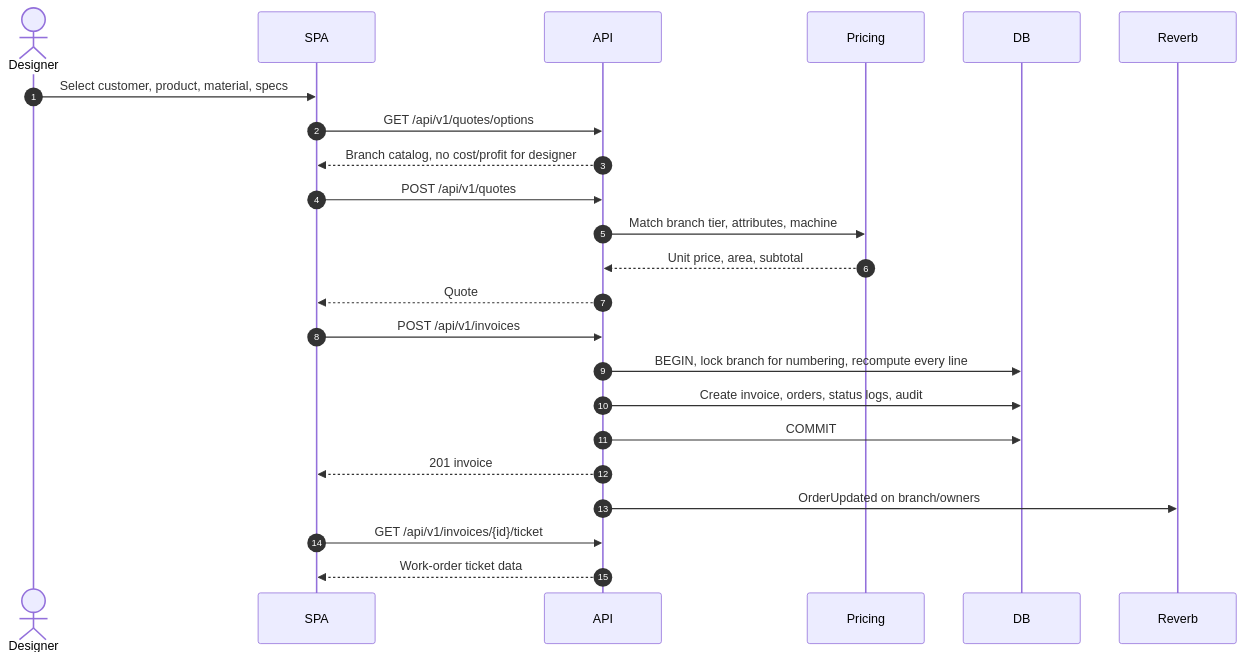
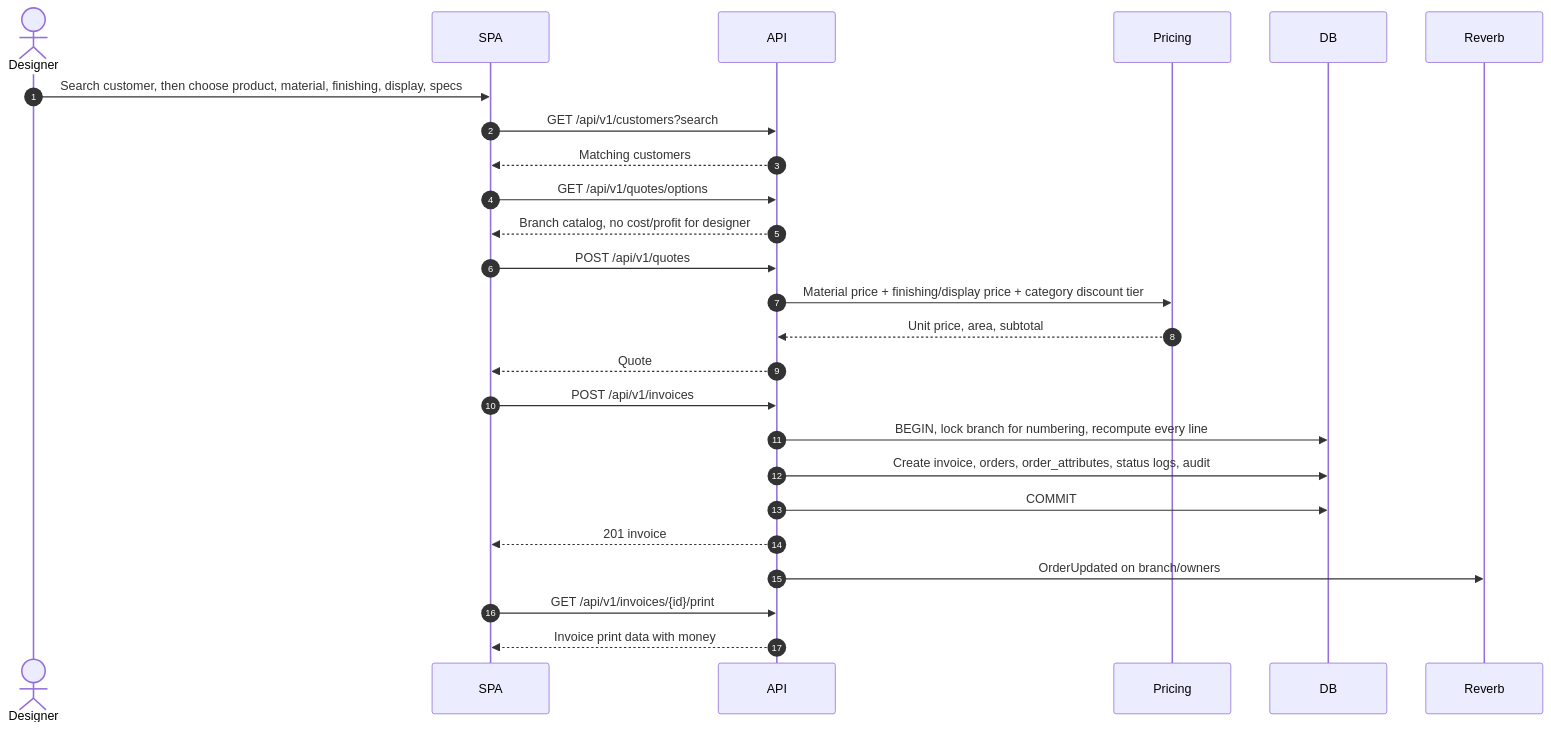
Before and after one commit to Arukast/pos_alja: the fifth of 21 diagrams in docs/architecture/sequence-diagrams.md, drawn with Mermaid. The commit also changed other lines of this file and 17 other files, not shown here.

````diff
--- a/docs/architecture/sequence-diagrams.md
+++ b/docs/architecture/sequence-diagrams.md
@@ -112,26 +112,28 @@
 ```mermaid
 sequenceDiagram
     autonumber
     actor D as Designer
     participant SPA
     participant API
     participant Pricing
     participant DB
     participant R as Reverb
 
-    D->>SPA: Select customer, product, material, specs
+    D->>SPA: Search customer, then choose product, material, finishing, display, specs
+    SPA->>API: GET /api/v1/customers?search
+    API-->>SPA: Matching customers
     SPA->>API: GET /api/v1/quotes/options
     API-->>SPA: Branch catalog, no cost/profit for designer
     SPA->>API: POST /api/v1/quotes
-    API->>Pricing: Match branch tier, attributes, machine
+    API->>Pricing: Material price + finishing/display price + category discount tier
     Pricing-->>API: Unit price, area, subtotal
     API-->>SPA: Quote
     SPA->>API: POST /api/v1/invoices
     API->>DB: BEGIN, lock branch for numbering, recompute every line
-    API->>DB: Create invoice, orders, status logs, audit
+    API->>DB: Create invoice, orders, order_attributes, status logs, audit
     API->>DB: COMMIT
     API-->>SPA: 201 invoice
     API->>R: OrderUpdated on branch/owners
-    SPA->>API: GET /api/v1/invoices/{id}/ticket
-    API-->>SPA: Work-order ticket data
+    SPA->>API: GET /api/v1/invoices/{id}/print
+    API-->>SPA: Invoice print data with money
 ```
````
